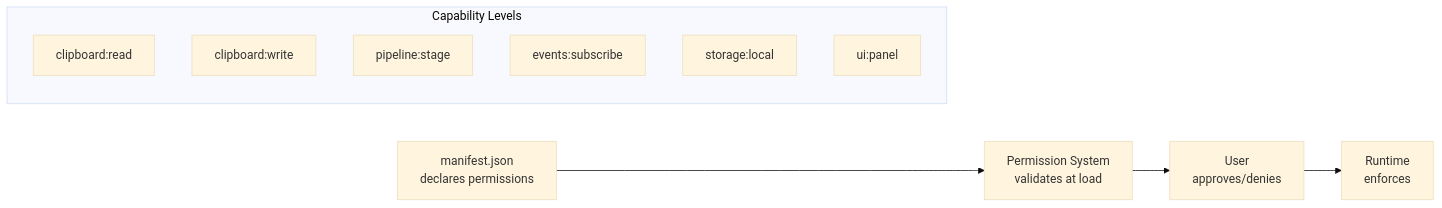
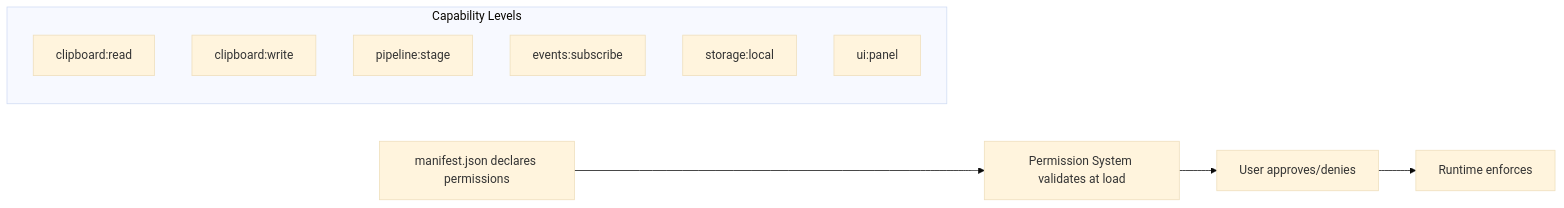
One commit to sanromarth/ornas changed the second of 3 diagrams in docs/architecture/10_PLUGIN_ARCHITECTURE.md. Above: the diagram before and after it, drawn with Mermaid (base theme). The commit also changed 253 other files, not shown here.

````diff
--- a/docs/architecture/10_PLUGIN_ARCHITECTURE.md
+++ b/docs/architecture/10_PLUGIN_ARCHITECTURE.md
@@ -249,15 +249,15 @@
 ```mermaid
 graph LR
-    M["manifest.json<br>declares permissions"] --> PS["Permission System<br>validates at load"]
-    PS --> U["User<br>approves/denies"]
-    U --> R["Runtime<br>enforces"]
+    M["manifest.json declares permissions"] --> PS["Permission System validates at load"]
+    PS --> U["User approves/denies"]
+    U --> R["Runtime enforces"]
 
     subgraph "Capability Levels"
         C1["clipboard:read"]
         C2["clipboard:write"]
         C3["pipeline:stage"]
         C4["events:subscribe"]
         C5["storage:local"]
         C6["ui:panel"]
     end
 ```
````
